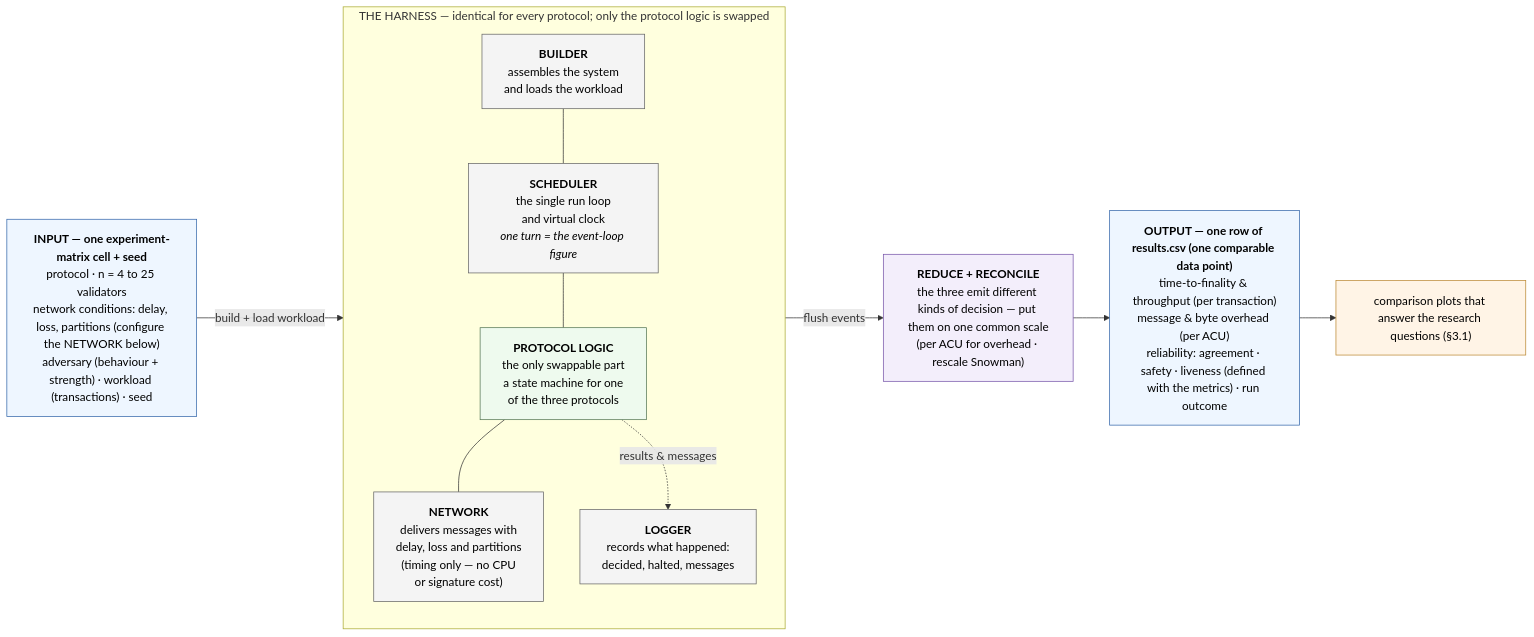
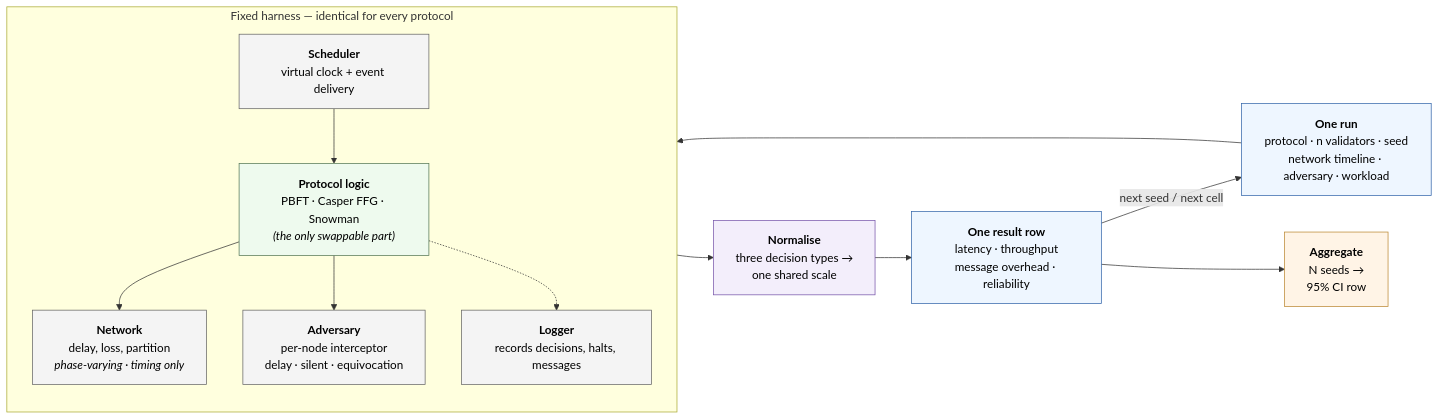
One commit to palhs/thesis changed the diagram in wiki/diagrams/runtime/architecture.md. Above: the diagram before and after it, drawn with Mermaid. The commit also changed 8 other files, not shown here.

Commit message:
wiki: add concept flow diagrams and update runtime architecture diagram

````diff
--- a/wiki/diagrams/runtime/architecture.md
+++ b/wiki/diagrams/runtime/architecture.md
@@ -21,37 +21,39 @@
 ```mermaid
 flowchart LR
-    IN["<b>INPUT — one experiment-matrix cell + seed</b><br/>protocol · n = 4 to 25 validators<br/>network conditions: delay, loss, partitions (configure the NETWORK below)<br/>adversary (behaviour + strength) · workload (transactions) · seed"]
+    CFG["<b>One run</b><br/>protocol · n validators · seed<br/>network timeline · adversary · workload"]
 
-    subgraph HARNESS["THE HARNESS — identical for every protocol; only the protocol logic is swapped"]
+    subgraph HARNESS["Fixed harness — identical for every protocol"]
         direction TB
-        HB["<b>BUILDER</b><br/>assembles the system<br/>and loads the workload"]
-        SCH["<b>SCHEDULER</b><br/>the single run loop<br/>and virtual clock<br/><i>one turn = the event-loop figure</i>"]
-        SLOT["<b>PROTOCOL LOGIC</b><br/>the only swappable part<br/>a state machine for one<br/>of the three protocols"]
-        NET["<b>NETWORK</b><br/>delivers messages with<br/>delay, loss and partitions<br/>(timing only — no CPU<br/>or signature cost)"]
-        LOG["<b>LOGGER</b><br/>records what happened:<br/>decided, halted, messages"]
-        HB --- SCH
-        SCH --- SLOT
-        SLOT --- NET
-        SLOT -. "results &amp; messages" .-> LOG
+        SCH["<b>Scheduler</b><br/>virtual clock + event delivery"]
+        SLOT["<b>Protocol logic</b><br/>PBFT · Casper FFG · Snowman<br/><i>(the only swappable part)</i>"]
+        NET["<b>Network</b><br/>delay, loss, partition<br/><i>phase-varying · timing only</i>"]
+        ADV["<b>Adversary</b><br/>per-node interceptor<br/>delay · silent · equivocation"]
+        LOG["<b>Logger</b><br/>records decisions, halts, messages"]
+        SCH --> SLOT
+        SLOT --> NET
+        SLOT --> ADV
+        SLOT -.-> LOG
     end
 
-    RED["<b>REDUCE + RECONCILE</b><br/>the three emit different kinds of decision — put them on one common scale<br/>(per ACU for overhead · rescale Snowman)"]
-    OUT["<b>OUTPUT — one row of results.csv (one comparable data point)</b><br/>time-to-finality &amp; throughput (per transaction)<br/>message &amp; byte overhead (per ACU)<br/>reliability: agreement · safety · liveness (defined with the metrics) · run outcome"]
-    RQ["comparison plots that answer the research questions (§3.1)"]
+    RED["<b>Normalise</b><br/>three decision types →<br/>one shared scale"]
+    OUT["<b>One result row</b><br/>latency · throughput<br/>message overhead · reliability"]
+    AGG["<b>Aggregate</b><br/>N seeds →<br/>95% CI row"]
 
-    IN -- "build + load workload" --> HARNESS
-    HARNESS -- "flush events" --> RED
+    CFG --> HARNESS
+    HARNESS --> RED
     RED --> OUT
-    OUT --> RQ
+    OUT -- "next seed / next cell" --> CFG
+    OUT --> AGG
 
     classDef io fill:#eef6ff,stroke:#3366aa,color:#000
     classDef eng fill:#f4f4f4,stroke:#666,color:#000
     classDef proto fill:#eefaee,stroke:#557755,color:#000
     classDef red fill:#f3eefb,stroke:#7755aa,color:#000
-    classDef rq fill:#fff4e6,stroke:#bb8833,color:#000
-    class IN,OUT io
+    classDef agg fill:#fff4e6,stroke:#bb8833,color:#000
+    class CFG,OUT io
     class RED red
-    class RQ rq
-    class HB,SCH,NET,LOG eng
+    class SCH,NET,LOG eng
     class SLOT proto
+    class ADV eng
+    class AGG agg
 ```
````
